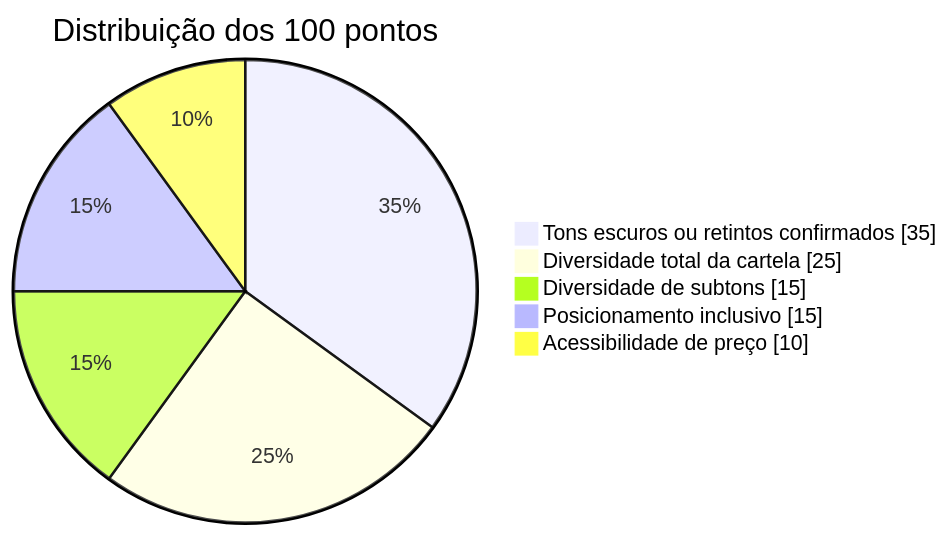
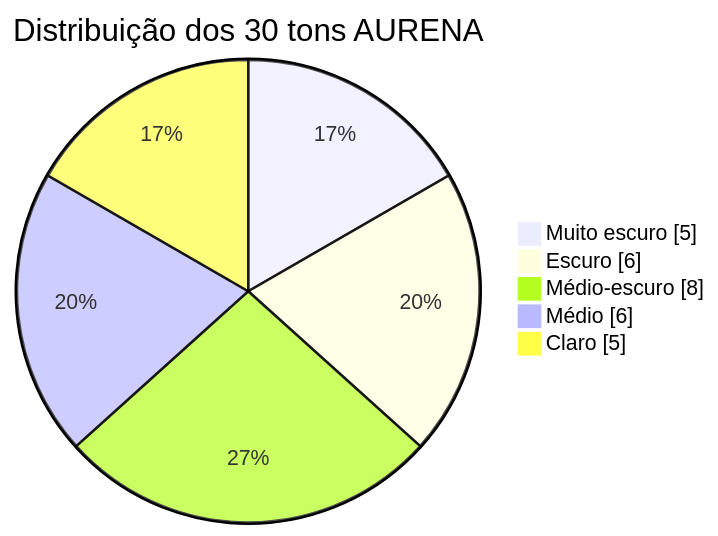
Before and after one commit to Projeto-L-Oreal-Paris/Avanco-da-industria-da-maquiagem: the fourth of 5 diagrams in README.md, drawn with Mermaid. The commit also changed other lines of this file, not shown here.

Commit message:
feat: finalize AURENA website with Power BI integration and final adjustments"

````diff
--- a/README.md
+++ b/README.md
@@ -1226,9 +265,9 @@
 ```mermaid
 pie showData
-    title Distribuição dos 100 pontos
-    "Tons escuros ou retintos confirmados" : 35
-    "Diversidade total da cartela" : 25
-    "Diversidade de subtons" : 15
-    "Posicionamento inclusivo" : 15
-    "Acessibilidade de preço" : 10
+    title Distribuição dos 30 tons AURENA
+    "Muito escuro" : 5
+    "Escuro" : 6
+    "Médio-escuro" : 8
+    "Médio" : 6
+    "Claro" : 5
 ```
````
